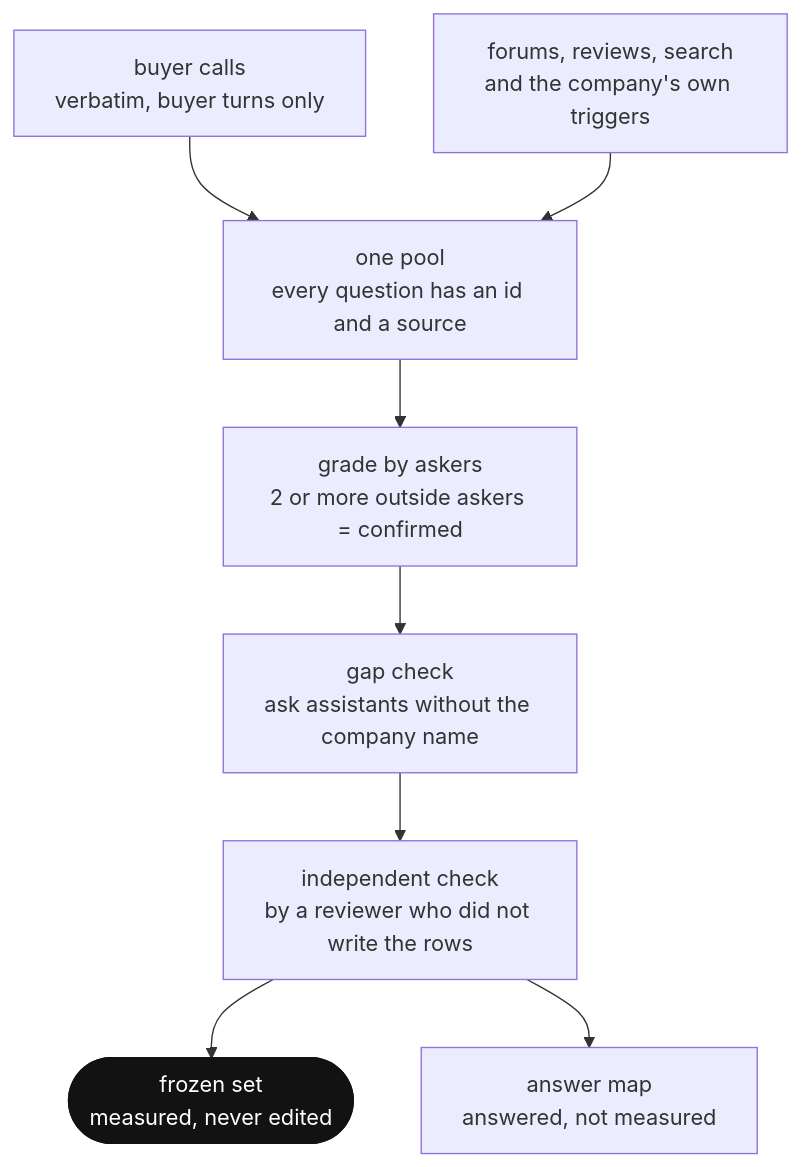
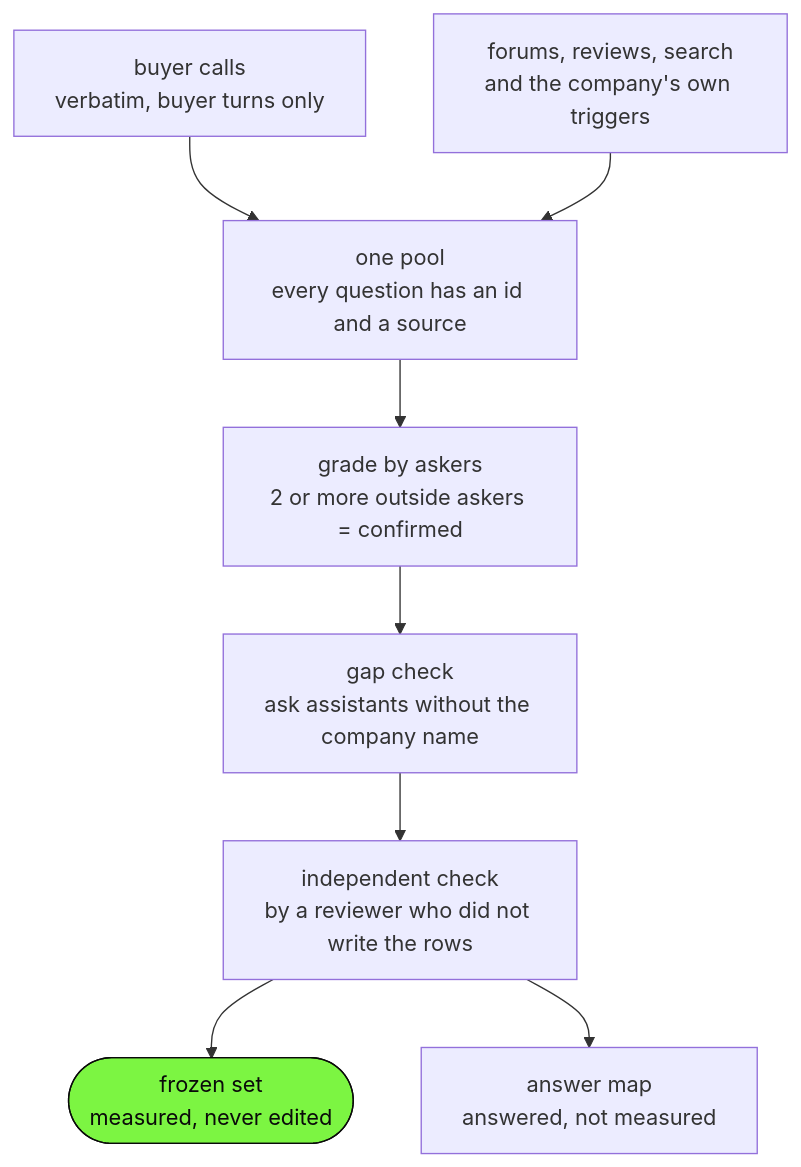
Before and after one commit to shashank-sn/workflows: the diagram in research/buyer-questions/figures/question-funnel.mmd, drawn with Mermaid. The commit also changed 63 other files, not shown here.

```diff
--- a/research/buyer-questions/figures/question-funnel.mmd
+++ b/research/buyer-questions/figures/question-funnel.mmd
@@ -1,11 +1,11 @@
 %% buyer calls come first, then four checks decide which questions get measured
 flowchart TB
   A["buyer calls<br/>verbatim, buyer turns only"] --> P["one pool<br/>every question has an id and a source"]
   W["forums, reviews, search<br/>and the company's own triggers"] --> P
   P --> G["grade by askers<br/>2 or more outside askers = confirmed"]
   G --> X["gap check<br/>ask assistants without the company name"]
   X --> V["independent check<br/>by a reviewer who did not write the rows"]
   V --> F(["frozen set<br/>measured, never edited"])
   V --> M["answer map<br/>answered, not measured"]
-  classDef ink fill:#121212,color:#ffffff,stroke:#121212
-  class F ink
+  classDef key fill:#7cf542,color:#0a0a0a,stroke:#0a0a0a
+  class F key
```
